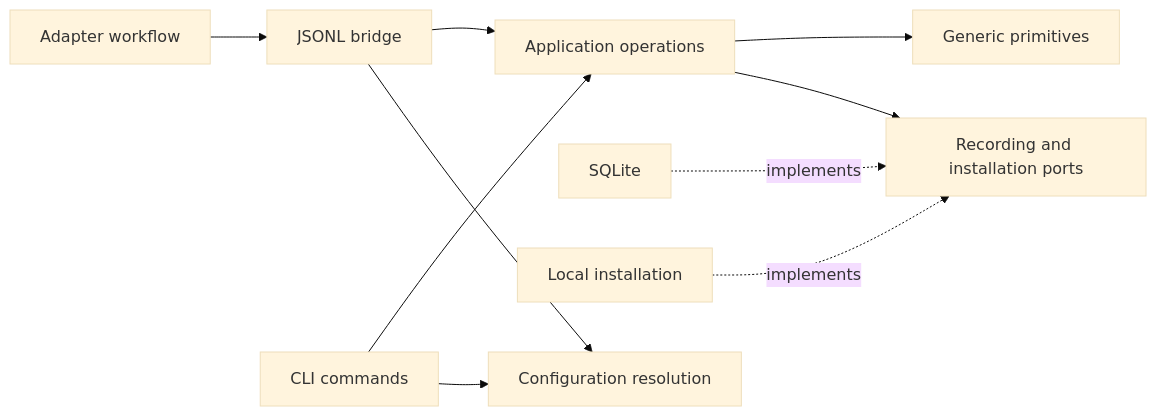
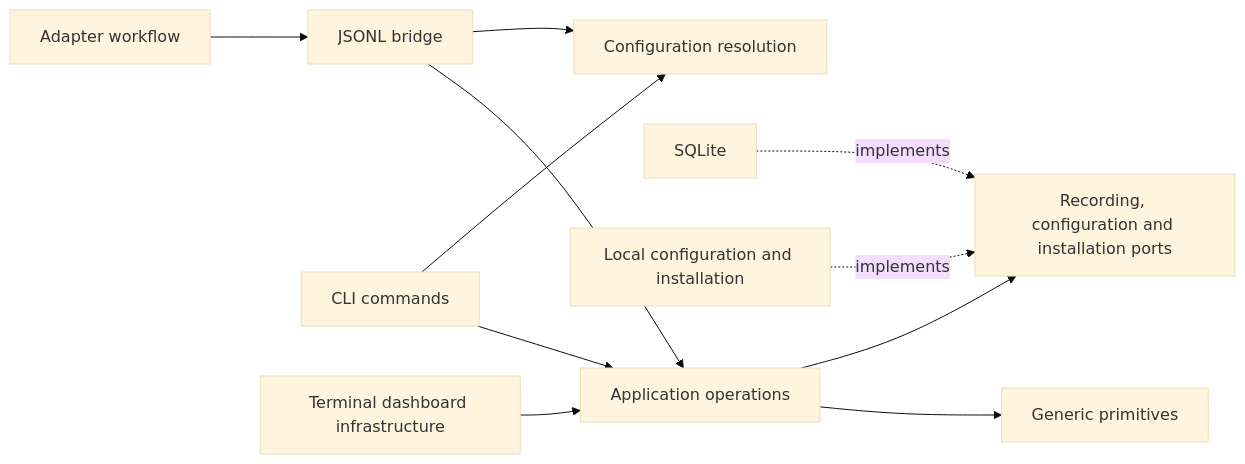
Before and after one commit to xpersh/xper: the diagram in docs/architecture.md, drawn with Mermaid (base theme). The commit also changed other lines of this file and 59 other files, not shown here.

Commit message:
feat(cli): add Ratatui dashboard and guided configuration

````diff
--- a/docs/architecture.md
+++ b/docs/architecture.md
@@ -17,12 +17,13 @@
 ```mermaid
 flowchart LR
     Adapter[Adapter workflow] --> Bridge[JSONL bridge]
     Terminal[CLI commands] --> Cases[Application operations]
+    Dashboard[Terminal dashboard infrastructure] --> Cases
     Bridge --> Cases
     Cases --> Domain[Generic primitives]
-    Cases --> Ports[Recording and installation ports]
+    Cases --> Ports[Recording, configuration and installation ports]
     SQLite[SQLite] -. implements .-> Ports
-    Local[Local installation] -. implements .-> Ports
+    Local[Local configuration and installation] -. implements .-> Ports
     Bridge --> Config[Configuration resolution]
     Terminal --> Config
 ```
````
